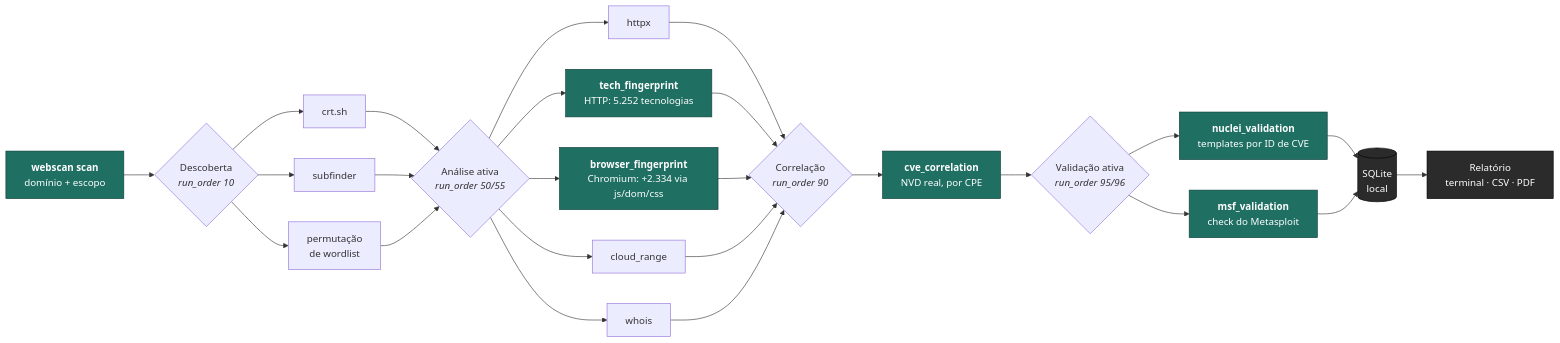
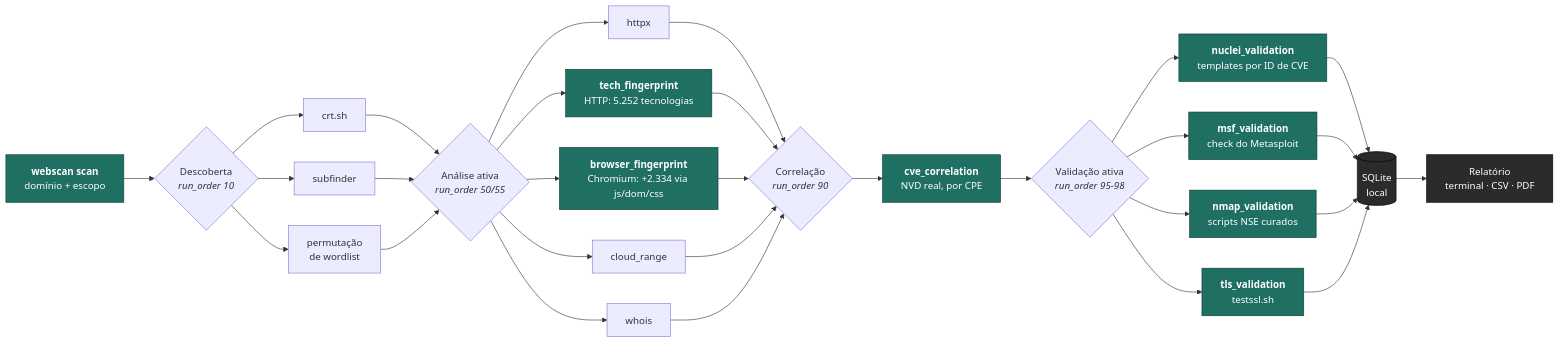
The diagram in README.md (excanear/Web-Application-Reconnaissance-Investigation-Platform), drawn with Mermaid before and after one commit. The commit also changed other lines of this file and 12 other files, not shown here.

````diff
--- a/README.md
+++ b/README.md
@@ -86,35 +87,39 @@
 ```mermaid
 flowchart LR
     A["`**webscan scan**
     domínio + escopo`"] --> B{"`Descoberta
     _run_order 10_`"}
     B --> C["crt.sh"] & D["subfinder"] & E["permutação
     de wordlist"]
     C & D & E --> F{"`Análise ativa
     _run_order 50/55_`"}
     F --> G["httpx"] & H["`**tech_fingerprint**
     HTTP: 5.252 tecnologias`"] & H2["`**browser_fingerprint**
     Chromium: +2.334 via js/dom/css`"] & I["cloud_range"] & J["whois"]
     G & H & H2 & I & J --> K{"`Correlação
     _run_order 90_`"}
     K --> L["`**cve_correlation**
     NVD real, por CPE`"]
     L --> M{"`Validação ativa
-    _run_order 95/96_`"}
+    _run_order 95-98_`"}
     M --> N["`**nuclei_validation**
     templates por ID de CVE`"] & N2["`**msf_validation**
-    check do Metasploit`"]
-    N & N2 --> O[("`SQLite
+    check do Metasploit`"] & N3["`**nmap_validation**
+    scripts NSE curados`"] & N4["`**tls_validation**
+    testssl.sh`"]
+    N & N2 & N3 & N4 --> O[("`SQLite
     local`")]
     O --> P["`Relatório
     terminal · CSV · PDF`"]
 
     style A fill:#1f6f63,stroke:#0f3f38,color:#fff
     style H fill:#1f6f63,stroke:#0f3f38,color:#fff
     style H2 fill:#1f6f63,stroke:#0f3f38,color:#fff
     style L fill:#1f6f63,stroke:#0f3f38,color:#fff
     style N fill:#1f6f63,stroke:#0f3f38,color:#fff
     style N2 fill:#1f6f63,stroke:#0f3f38,color:#fff
+    style N3 fill:#1f6f63,stroke:#0f3f38,color:#fff
+    style N4 fill:#1f6f63,stroke:#0f3f38,color:#fff
     style O fill:#2b2b2b,stroke:#000,color:#fff
     style P fill:#2b2b2b,stroke:#000,color:#fff
 ```
````
